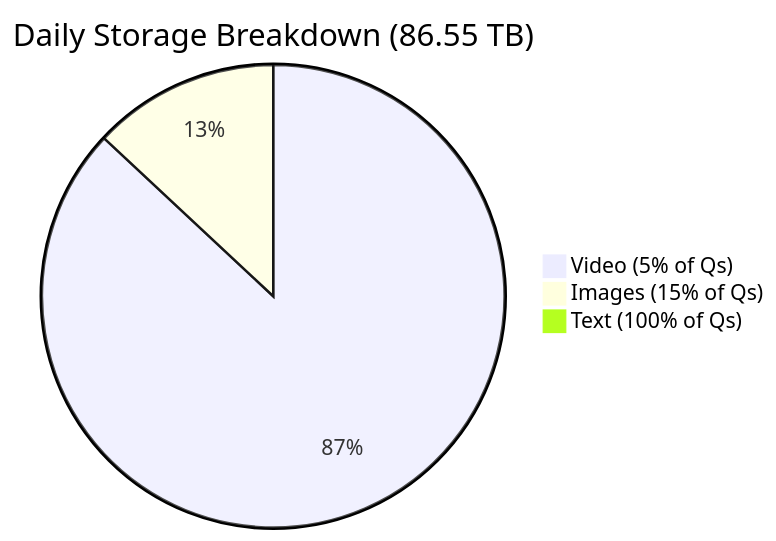
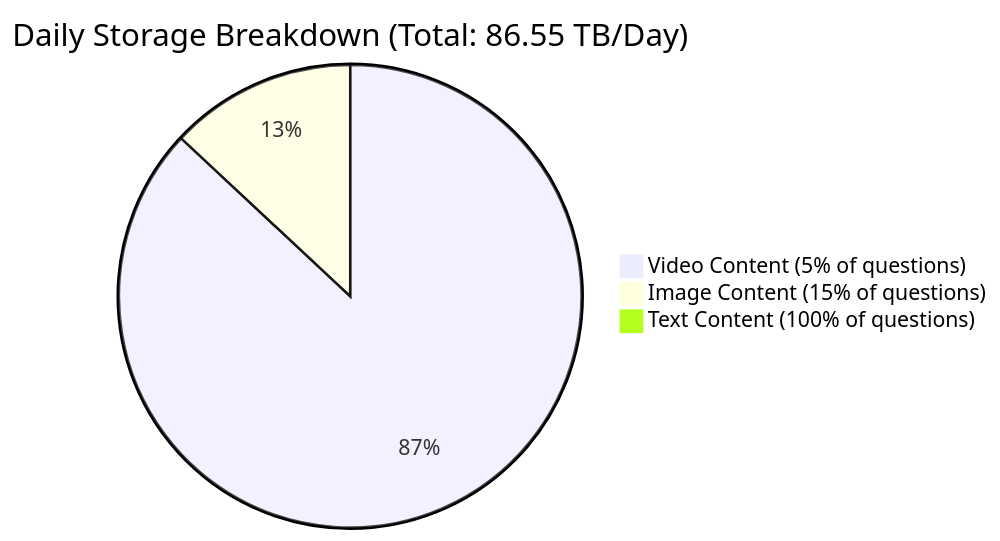
One commit to riyaz-pasha/Learnings changed the second of 18 diagrams in system-design/HLD/0-course/27-Design Quora-FAANG-Guide.md. Above: the diagram before and after it, drawn with Mermaid. The commit also changed other lines of this file and 1 other file, not shown here.

Commit message:
docs: simplify language, expand examples, and fix mermaid diagrams in Quora guide

````diff
--- a/system-design/HLD/0-course/27-Design Quora-FAANG-Guide.md
+++ b/system-design/HLD/0-course/27-Design Quora-FAANG-Guide.md
@@ -152,6 +198,6 @@
 ```mermaid
-pie title Daily Storage Breakdown (86.55 TB)
-    "Video (5% of Qs)" : 75
-    "Images (15% of Qs)" : 11.25
-    "Text (100% of Qs)" : 0.3
+pie title Daily Storage Breakdown (Total: 86.55 TB/Day)
+    "Video Content (5% of questions)" : 75.00
+    "Image Content (15% of questions)" : 11.25
+    "Text Content (100% of questions)" : 0.30
 ```
````
